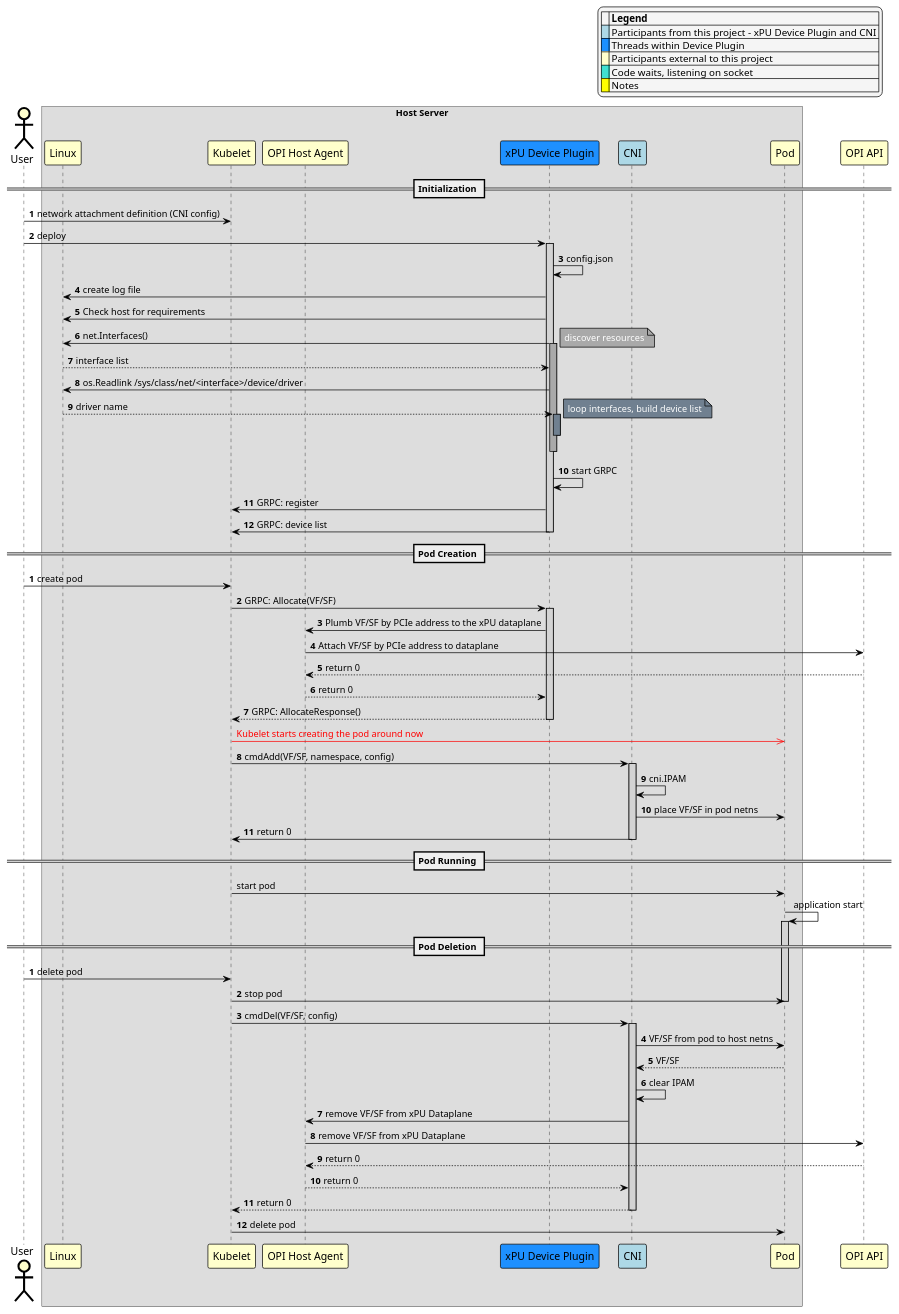
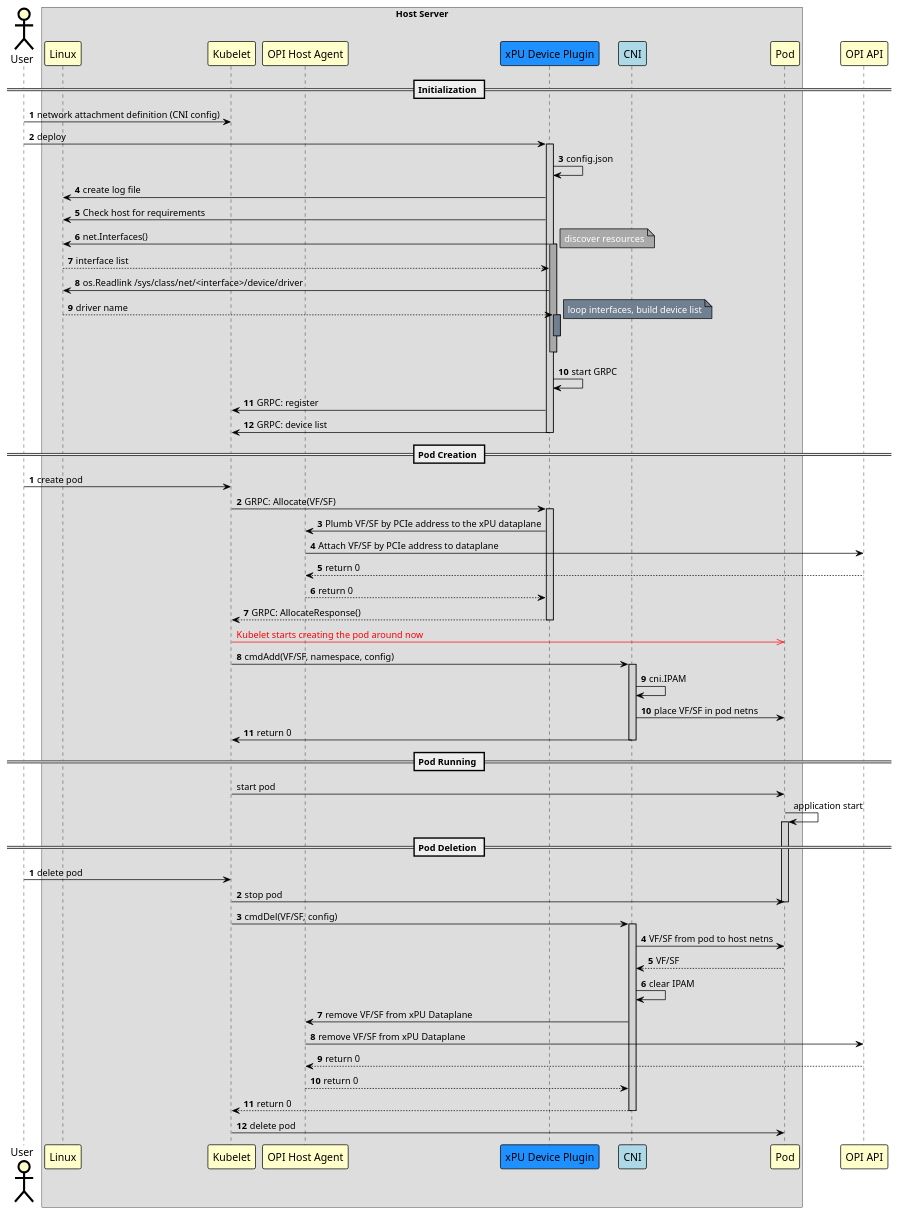
Before and after one commit to redhat-et/ekho: the diagram in sequence-diagrams/puml/device-plugin.puml, drawn with PlantUML. The commit also changed 3 other files, not shown here.

Commit message:
device-plugin: remove legend

```diff
--- a/sequence-diagrams/puml/device-plugin.puml
+++ b/sequence-diagrams/puml/device-plugin.puml
@@ -1,146 +1,133 @@
 @startuml
 
 skinparam noteBorderColor Black
 skinparam noteBorderThickness 1
 skinparam noteBackgroundColor Yellow
-skinparam legendBackgroundColor WhiteSmoke
 
 skinparam sequence {
 	BoxBorderColor Black
 	BoxFontSize 20
 
 	ArrowColor Black
 	ArrowThickness 1
 
 	ActorBorderColor Black
 	ActorBorderThickness 3
 	ActorBackgroundColor Business
 	ActorFontSize 15
 
 	ParticipantBorderColor Black
 	ParticipantBorderThickness 1
 	ParticipantBackgroundColor Business
 	ParticipantFontSize 15
 
 	LifeLineBorderColor Black
 	LifeLineBorderThickness 1
 	LifeLineBackgroundColor LightGray
 }
-
-
- legend top right
-|= |= Legend |
-|<back:LightBlue>   </back>| Participants from this project - xPU Device Plugin and CNI |
-|<back:Dodgerblue>   </back>| Threads within Device Plugin |
-|<back:Business>   </back>| Participants external to this project |
-|<back:Turquoise>   </back>| Code waits, listening on socket |
-|<back:Yellow>   </back>| Notes |
-endlegend
-
-
 
 actor "User"
 box "Host Server"
 	participant "Linux"
 	participant "Kubelet"
 	participant "OPI Host Agent"
 	participant "xPU Device Plugin" #dodgerblue
 participant "CNI" #LightBlue
 participant "Pod"
 end box
 
 == Initialization ==
 autonumber
 
 "User" -> "Kubelet": network attachment definition (CNI config)
 "User" -> "xPU Device Plugin": deploy
 activate "xPU Device Plugin"
 
 "xPU Device Plugin" -> "xPU Device Plugin": config.json
 "xPU Device Plugin" -> "Linux": create log file
 "xPU Device Plugin" -> "Linux" : Check host for requirements
 "xPU Device Plugin" -> "Linux": net.Interfaces()
 
 activate "xPU Device Plugin" #DarkGray
 note right #DarkGray: <color #White>discover resources</color>
 
 "Linux" --> "xPU Device Plugin": interface list
 
 "xPU Device Plugin" -> "Linux" : os.Readlink /sys/class/net/<interface>/device/driver
 "Linux" --> "xPU Device Plugin" : driver name
 
 activate "xPU Device Plugin" #SlateGray
 note right #SlateGray: <color #White>loop interfaces, build device list</color>
 
 deactivate "xPU Device Plugin"
 
 autonumber stop
 "xPU Device Plugin" [hidden]-> "xPU Device Plugin"
 autonumber resume
 
 deactivate "xPU Device Plugin"
 
 "xPU Device Plugin" -> "xPU Device Plugin": start GRPC
 "xPU Device Plugin" -> "Kubelet": GRPC: register
 "xPU Device Plugin" -> "Kubelet": GRPC: device list
 
 deactivate "xPU Device Plugin"
 
 == Pod Creation ==
 autonumber
 
 "User" -> "Kubelet": create pod
 "Kubelet" -> "xPU Device Plugin": GRPC: Allocate(VF/SF)
 activate "xPU Device Plugin"
 
 "xPU Device Plugin" -> "OPI Host Agent" : Plumb VF/SF by PCIe address to the xPU dataplane
 "OPI Host Agent"->"OPI API": Attach VF/SF by PCIe address to dataplane
 "OPI API"--> "OPI Host Agent": return 0
 "OPI Host Agent" --> "xPU Device Plugin" : return 0
 "xPU Device Plugin" --> "Kubelet": GRPC: AllocateResponse()
 deactivate "xPU Device Plugin"
 
 autonumber stop
 "Kubelet" -[#Red]>> "Pod" : <color:Red>Kubelet starts creating the pod around now
 autonumber resume
 
 "Kubelet" -> "CNI" : cmdAdd(VF/SF, namespace, config)
 activate "CNI"
 "CNI" -> "CNI" : cni.IPAM
 
 "CNI" -> "Pod" : place VF/SF in pod netns
 "CNI" -> "Kubelet" : return 0
 
 deactivate "CNI"
 
 autonumber stop
 
 == Pod Running ==
 
 "Kubelet" -> "Pod" : start pod
 "Pod" -> "Pod" : application start
 activate "Pod"
 
 
 == Pod Deletion ==
 autonumber
 
 "User" -> "Kubelet": delete pod
 "Kubelet" -> "Pod" : stop pod
 deactivate "Pod"
 "Kubelet" -> "CNI" : cmdDel(VF/SF, config)
 activate "CNI"
 "CNI" -> "Pod" : VF/SF from pod to host netns
 "Pod" --> "CNI" : VF/SF
 "CNI" -> "CNI" : clear IPAM
 "CNI" -> "OPI Host Agent": remove VF/SF from xPU Dataplane
 "OPI Host Agent" -> "OPI API": remove VF/SF from xPU Dataplane
 "OPI API" -->  "OPI Host Agent": return 0
 "OPI Host Agent"--> "CNI": return 0
 "CNI" --> "Kubelet": return 0
 deactivate "CNI"
 
 "Kubelet" -> "Pod" : delete pod
 deactivate "Pod"
 
 @enduml
```
